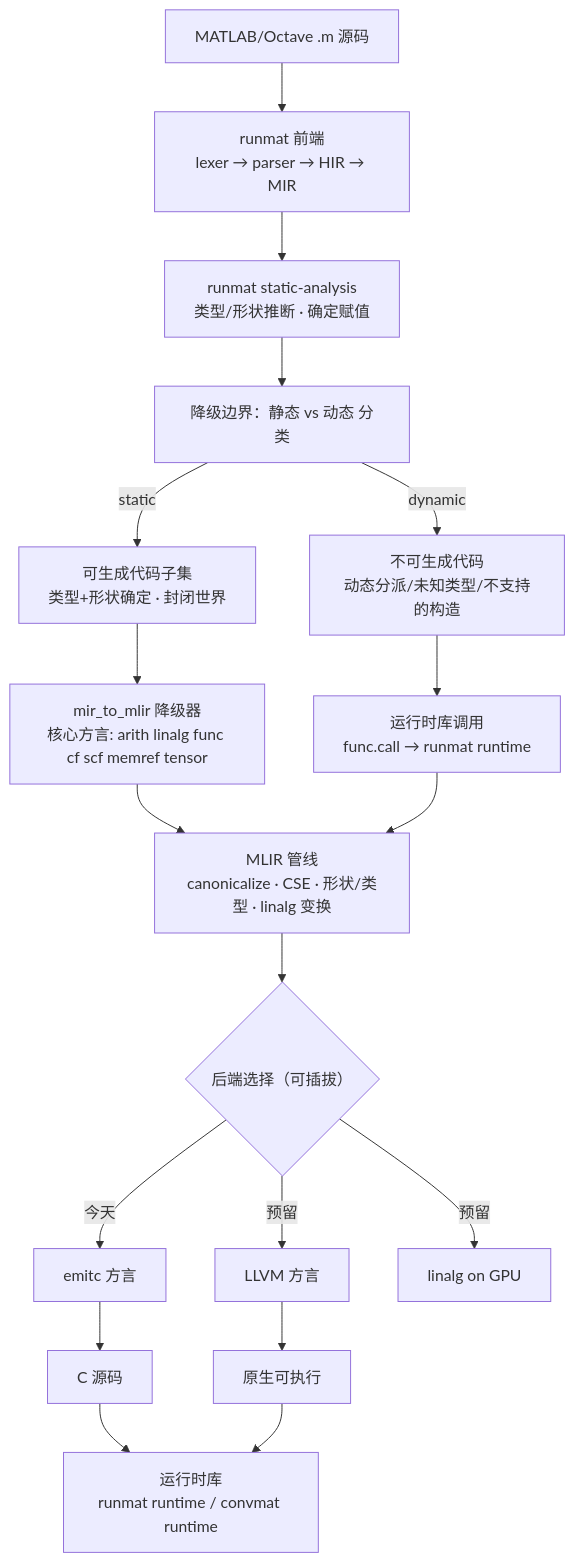
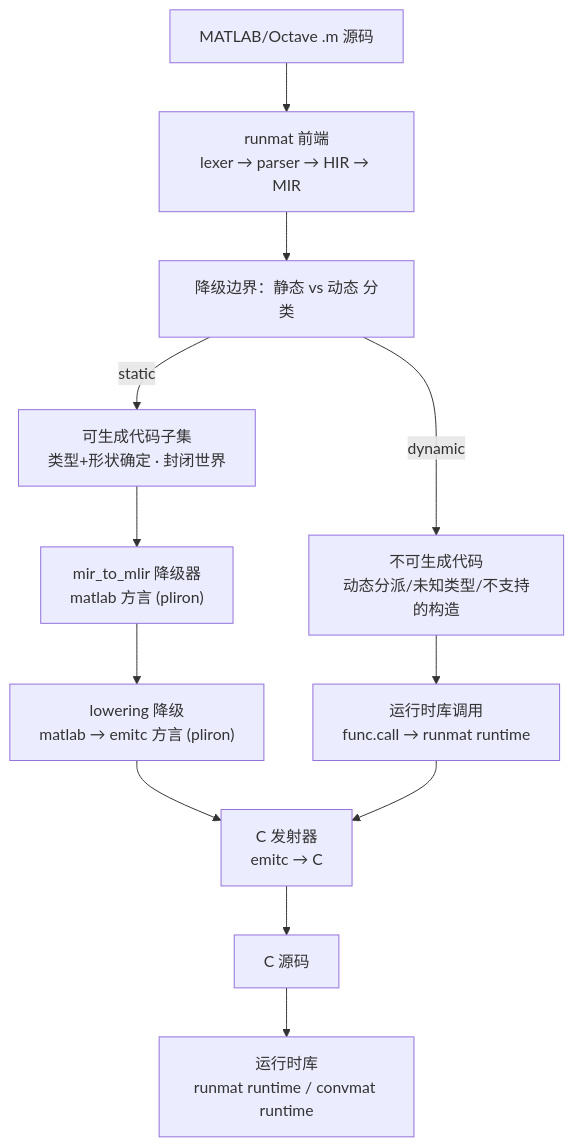
The diagram in docs/architecture.md (topshihun/convmat), drawn with Mermaid before and after one commit. The commit also changed other lines of this file and 19 other files, not shown here.

First line of the commit message:
Replace melior/MLIR with pliron IR and add emitc dialect

````diff
--- a/docs/architecture.md
+++ b/docs/architecture.md
@@ -137,31 +133,19 @@
 ```mermaid
 flowchart TD
     SRC["MATLAB/Octave .m 源码"]
     FE["runmat 前端<br/>lexer → parser → HIR → MIR"]
-    SA["runmat static-analysis<br/>类型/形状推断 · 确定赋值"]
     BND["降级边界：静态 vs 动态 分类"]
     STATIC["可生成代码子集<br/>类型+形状确定 · 封闭世界"]
     DYN["不可生成代码<br/>动态分派/未知类型/不支持的构造"]
-    LOWER["mir_to_mlir 降级器<br/>核心方言: arith linalg func cf scf memref tensor"]
+    MIR["mir_to_mlir 降级器<br/>matlab 方言 (pliron)"]
+    LOW["lowering 降级<br/>matlab → emitc 方言 (pliron)"]
+    EMIT["C 发射器<br/>emitc → C"]
     RTCALL["运行时库调用<br/>func.call → runmat runtime"]
-    PASSES["MLIR 管线<br/>canonicalize · CSE · 形状/类型 · linalg 变换"]
-    BACKEND{"后端选择（可插拔）"}
-    EMITC["emitc 方言"]
-    LLVM["LLVM 方言"]
-    GPU["linalg on GPU"]
     C["C 源码"]
-    NATIVE["原生可执行"]
     RT["运行时库<br/>runmat runtime / convmat runtime"]
 
-    SRC --> FE --> SA --> BND
-    BND -->|static| STATIC --> LOWER
-    BND -->|dynamic| DYN --> RTCALL
-    LOWER --> PASSES
-    RTCALL --> PASSES
-    PASSES --> BACKEND
-    BACKEND -->|今天| EMITC --> C
-    BACKEND -->|预留| LLVM --> NATIVE
-    BACKEND -->|预留| GPU
+    SRC --> FE --> BND
+    BND -->|static| STATIC --> MIR --> LOW --> EMIT --> C
+    BND -->|dynamic| DYN --> RTCALL --> EMIT
     C --> RT
-    NATIVE --> RT
 ```
````
